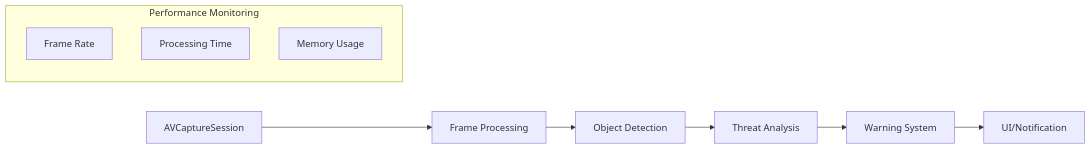
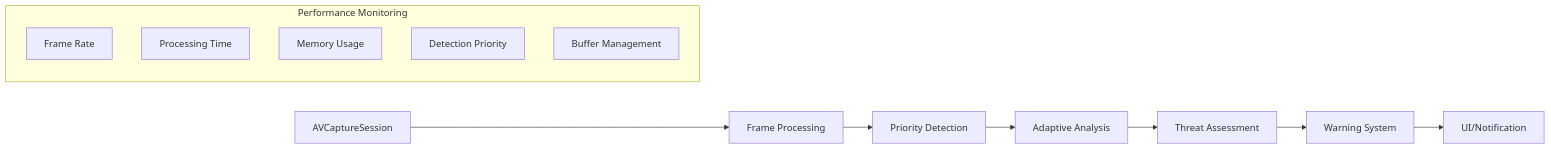
The first of 2 diagrams in README.md (fayekai2013/VOMS_iOS-ReWrite), drawn with Mermaid before and after one commit. The commit also changed other lines of this file, not shown here.

````diff
--- a/README.md
+++ b/README.md
@@ -28,14 +28,17 @@
 ```mermaid
 graph LR
     A[AVCaptureSession] --> B[Frame Processing]
-    B --> C[Object Detection]
-    C --> D[Threat Analysis]
-    D --> E[Warning System]
-    E --> F[UI/Notification]
+    B --> C[Priority Detection]
+    C --> D[Adaptive Analysis]
+    D --> E[Threat Assessment]
+    E --> F[Warning System]
+    F --> G[UI/Notification]
     
     subgraph "Performance Monitoring"
-        G[Frame Rate]
-        H[Processing Time]
-        I[Memory Usage]
+        H[Frame Rate]
+        I[Processing Time]
+        J[Memory Usage]
+        K[Detection Priority]
+        L[Buffer Management]
     end
 ```
````
